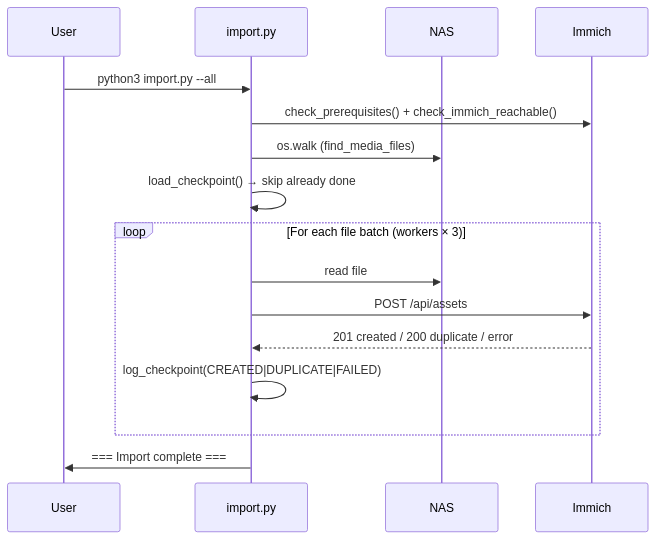
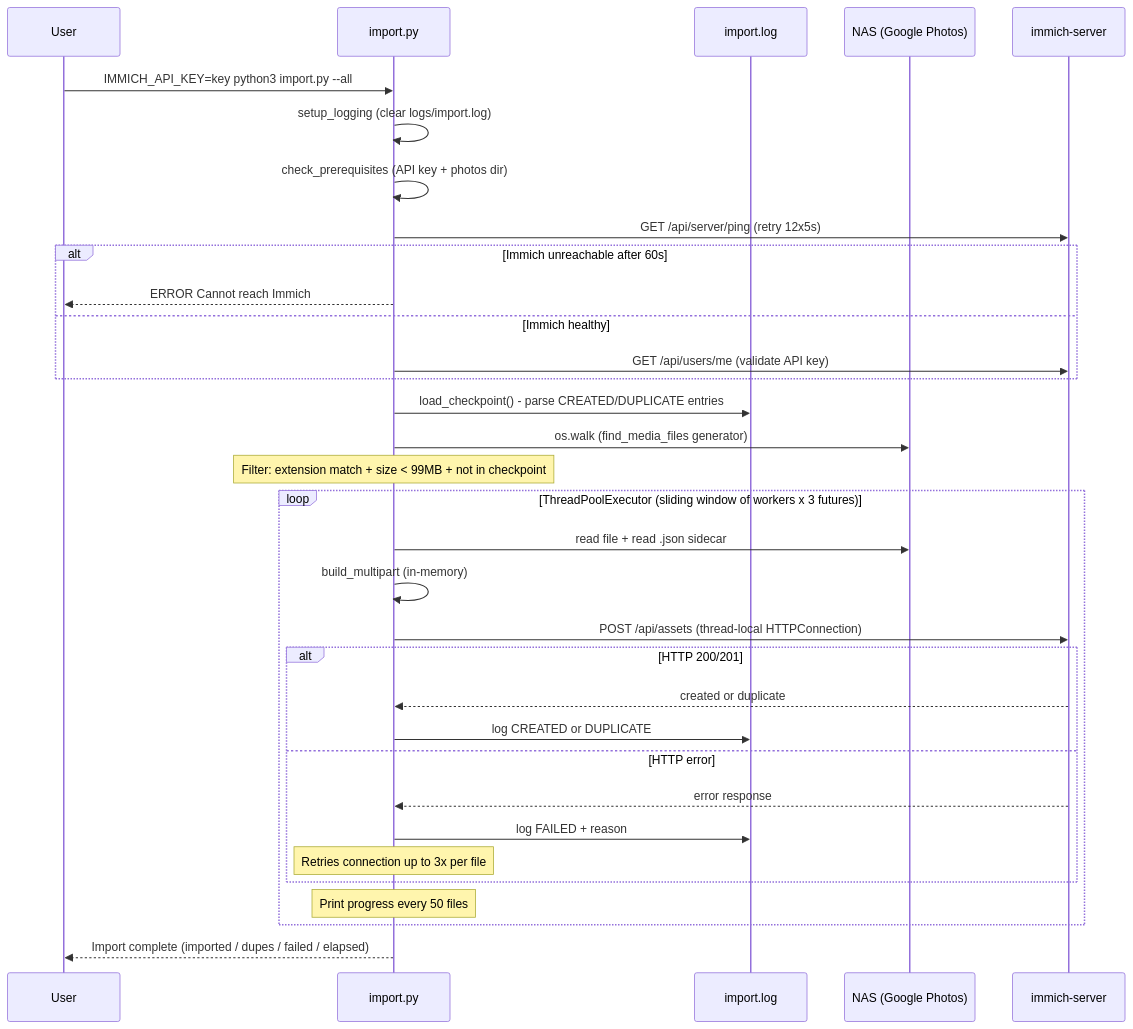
The third of 4 diagrams in ARCHITECTURE.md (raducojocari/immich-test), drawn with Mermaid before and after one commit. The commit also changed other lines of this file and 29 other files, not shown here.

Commit message:
Video import is stable. Recover script is mostly working

````diff
--- a/ARCHITECTURE.md
+++ b/ARCHITECTURE.md
@@ -256,19 +318,39 @@
 ```mermaid
 sequenceDiagram
     participant User
     participant Script as import.py
-    participant NAS
-    participant Immich
+    participant Checkpoint as import.log
+    participant NAS as NAS (Google Photos)
+    participant Immich as immich-server
 
-    User->>Script: python3 import.py --all
-    Script->>Immich: check_prerequisites() + check_immich_reachable()
-    Script->>NAS: os.walk (find_media_files)
-    Script->>Script: load_checkpoint() → skip already done
-    loop For each file batch (workers × 3)
-        Script->>NAS: read file
-        Script->>Immich: POST /api/assets
-        Immich-->>Script: 201 created / 200 duplicate / error
-        Script->>Script: log_checkpoint(CREATED|DUPLICATE|FAILED)
+    User->>Script: IMMICH_API_KEY=key python3 import.py --all
+    Script->>Script: setup_logging (clear logs/import.log)
+    Script->>Script: check_prerequisites (API key + photos dir)
+    Script->>Immich: GET /api/server/ping (retry 12x5s)
+    alt Immich unreachable after 60s
+        Script-->>User: ERROR Cannot reach Immich
+    else Immich healthy
+        Script->>Immich: GET /api/users/me (validate API key)
     end
-    Script->>User: === Import complete ===
+
+    Script->>Checkpoint: load_checkpoint() - parse CREATED/DUPLICATE entries
+    Script->>NAS: os.walk (find_media_files generator)
+    Note over Script: Filter: extension match + size < 99MB + not in checkpoint
+
+    loop ThreadPoolExecutor (sliding window of workers x 3 futures)
+        Script->>NAS: read file + read .json sidecar
+        Script->>Script: build_multipart (in-memory)
+        Script->>Immich: POST /api/assets (thread-local HTTPConnection)
+        alt HTTP 200/201
+            Immich-->>Script: created or duplicate
+            Script->>Checkpoint: log CREATED or DUPLICATE
+        else HTTP error
+            Immich-->>Script: error response
+            Script->>Checkpoint: log FAILED + reason
+            Note over Script: Retries connection up to 3x per file
+        end
+        Note over Script: Print progress every 50 files
+    end
+
+    Script-->>User: Import complete (imported / dupes / failed / elapsed)
 ```
````
